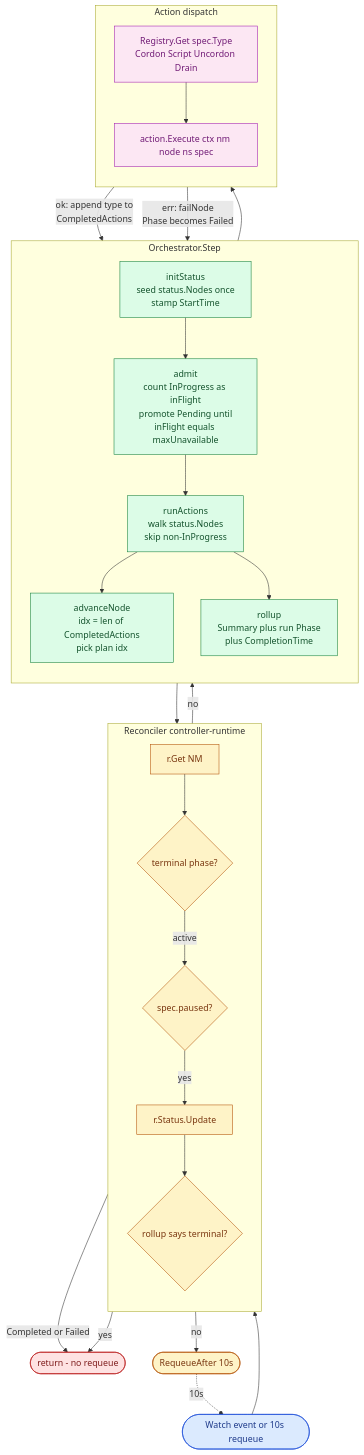
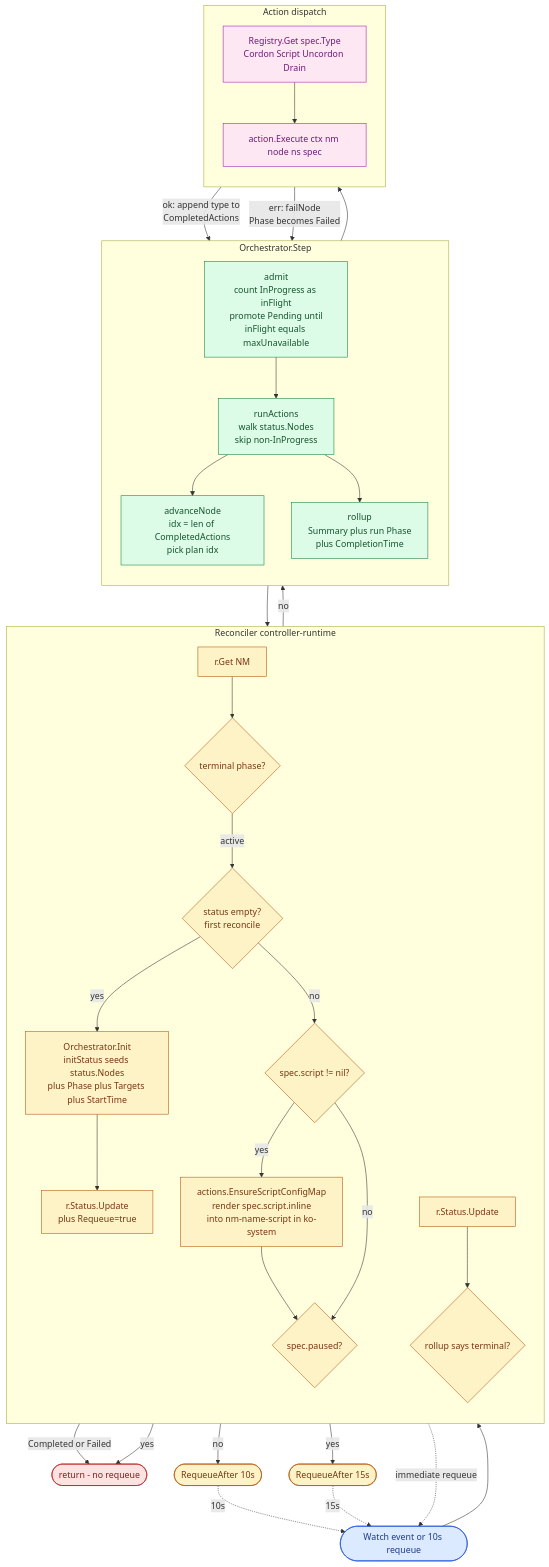
Before and after one commit to AnirudhKabra/klusterOne: the first of 4 diagrams in docs/reconcile-flow.md, drawn with Mermaid. The commit also changed other lines of this file and 2 other files, not shown here.

Commit message:
docs: fix mermaid parens in architecture; resync reconcile-flow with new Reconcile order

````diff
--- a/docs/reconcile-flow.md
+++ b/docs/reconcile-flow.md
@@ -46,50 +46,61 @@
 ```mermaid
 flowchart TB
     classDef entry fill:#dbeafe,stroke:#1d4ed8,color:#1e3a8a
     classDef ctrl  fill:#fef3c7,stroke:#b45309,color:#78350f
     classDef orch  fill:#dcfce7,stroke:#15803d,color:#14532d
     classDef act   fill:#fce7f3,stroke:#a21caf,color:#701a75
     classDef stop  fill:#fee2e2,stroke:#b91c1c,color:#7f1d1d
 
     Start([Watch event or 10s requeue]):::entry
     Done([return - no requeue]):::stop
     Loop([RequeueAfter 10s]):::ctrl
+    PausedLoop([RequeueAfter 15s]):::ctrl
 
     subgraph CR [Reconciler controller-runtime]
         direction TB
         Get["r.Get NM"]:::ctrl
         Term{"terminal phase?"}:::ctrl
+        StatusEmpty{"status empty?<br/>first reconcile"}:::ctrl
+        InitSeed["Orchestrator.Init<br/>initStatus seeds status.Nodes<br/>plus Phase plus Targets plus StartTime"]:::ctrl
+        SeedPersist["r.Status.Update<br/>plus Requeue=true"]:::ctrl
+        HasScript{"spec.script != nil?"}:::ctrl
+        EnsureCM["actions.EnsureScriptConfigMap<br/>render spec.script.inline<br/>into nm-name-script in ko-system"]:::ctrl
         Paused{"spec.paused?"}:::ctrl
         Persist["r.Status.Update"]:::ctrl
         Decide{"rollup says terminal?"}:::ctrl
     end
 
     subgraph OR [Orchestrator.Step]
         direction TB
-        Init["initStatus<br/>seed status.Nodes once<br/>stamp StartTime"]:::orch
         Admit["admit<br/>count InProgress as inFlight<br/>promote Pending until<br/>inFlight equals maxUnavailable"]:::orch
         Run["runActions<br/>walk status.Nodes<br/>skip non-InProgress"]:::orch
         Adv["advanceNode<br/>idx = len of CompletedActions<br/>pick plan idx"]:::orch
         Roll["rollup<br/>Summary plus run Phase<br/>plus CompletionTime"]:::orch
     end
 
     subgraph AC [Action dispatch]
         direction TB
         Reg["Registry.Get spec.Type<br/>Cordon Script Uncordon Drain"]:::act
         Exec["action.Execute ctx nm node ns spec"]:::act
     end
 
     Start --> Get --> Term
     Term -- "Completed or Failed" --> Done
-    Term -- "active" --> Paused
-    Paused -- "yes" --> Persist
-    Paused -- "no" --> Init
-    Init --> Admit --> Run --> Adv --> Reg --> Exec
+    Term -- "active" --> StatusEmpty
+    StatusEmpty -- "yes" --> InitSeed --> SeedPersist
+    StatusEmpty -- "no" --> HasScript
+    HasScript -- "yes" --> EnsureCM --> Paused
+    HasScript -- "no" --> Paused
+    Paused -- "yes" --> PausedLoop
+    Paused -- "no" --> Admit
+    Admit --> Run --> Adv --> Reg --> Exec
     Exec -- "ok: append type to<br/>CompletedActions" --> Run
     Exec -- "err: failNode<br/>Phase becomes Failed" --> Run
     Run --> Roll --> Persist
     Persist --> Decide
     Decide -- "yes" --> Done
     Decide -- "no" --> Loop
     Loop -. "10s" .-> Start
+    PausedLoop -. "15s" .-> Start
+    SeedPersist -. "immediate requeue" .-> Start
 ```
````
